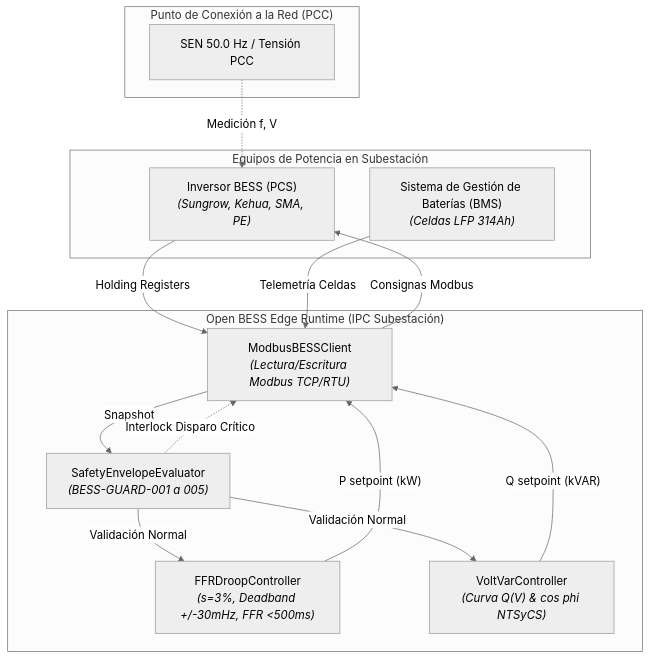
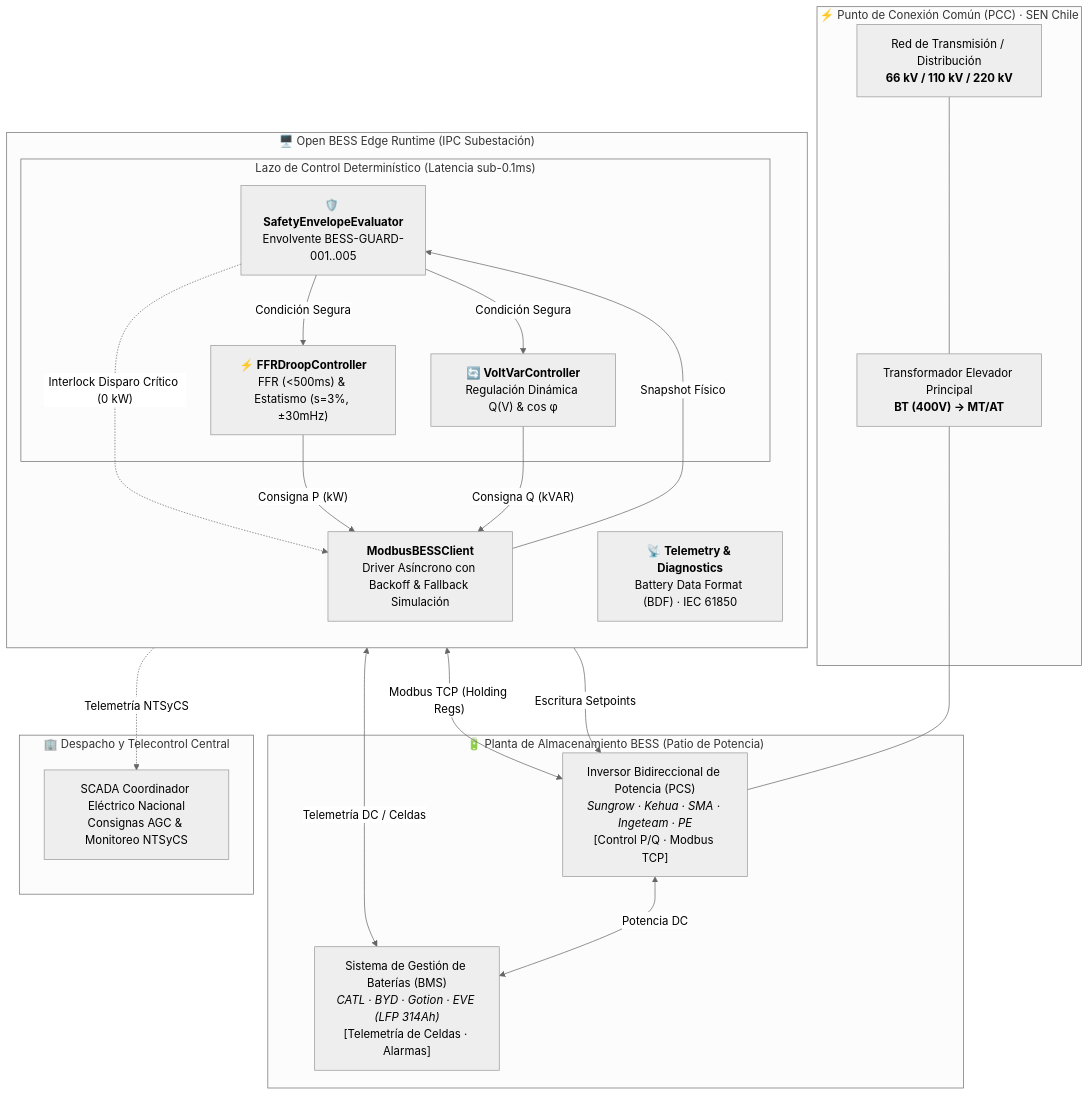
The first of 3 diagrams in README.md (bess-solutions/open-bess-edge), drawn with Mermaid (neutral theme) before and after one commit. The commit also changed other lines of this file and 1 other file, not shown here.

Commit message:
docs(readme): enrich visual architecture diagrams, sequence flows, and bilingual support (ES/EN)

````diff
--- a/README.md
+++ b/README.md
@@ -17,31 +32,46 @@
 ```mermaid
-flowchart TD
-    subgraph Grid ["Punto de Conexión a la Red (PCC)"]
-        SEN["SEN 50.0 Hz / Tensión PCC"]
+graph TB
+    subgraph PCC ["⚡ Punto de Conexión Común (PCC) · SEN Chile"]
+        GRID["Red de Transmisión / Distribución<br/><b>66 kV / 110 kV / 220 kV</b>"]
+        TRF["Transformador Elevador Principal<br/><b>BT (400V) → MT/AT</b>"]
     end
 
-    subgraph Hardware ["Equipos de Potencia en Subestación"]
-        PCS["Inversor BESS (PCS)<br><i>(Sungrow, Kehua, SMA, PE)</i>"]
-        BMS["Sistema de Gestión de Baterías (BMS)<br><i>(Celdas LFP 314Ah)</i>"]
+    subgraph BESS_PLANT ["🔋 Planta de Almacenamiento BESS (Patio de Potencia)"]
+        PCS["Inversor Bidireccional de Potencia (PCS)<br/><i>Sungrow · Kehua · SMA · Ingeteam · PE</i><br/>[Control P/Q · Modbus TCP]"]
+        BMS["Sistema de Gestión de Baterías (BMS)<br/><i>CATL · BYD · Gotion · EVE (LFP 314Ah)</i><br/>[Telemetría de Celdas · Alarmas]"]
     end
 
-    subgraph Edge ["Open BESS Edge Runtime (IPC Subestación)"]
-        MB["ModbusBESSClient<br><i>(Lectura/Escritura Modbus TCP/RTU)</i>"]
-        GUARD["SafetyEnvelopeEvaluator<br><i>(BESS-GUARD-001 a 005)</i>"]
-        FFR["FFRDroopController<br><i>(s=3%, Deadband +/-30mHz, FFR <500ms)</i>"]
-        VV["VoltVarController<br><i>(Curva Q(V) & cos phi NTSyCS)</i>"]
+    subgraph EDGE_GATEWAY ["🖥️ Open BESS Edge Runtime (IPC Subestación)"]
+        direction TB
+        MB["<b>ModbusBESSClient</b><br/>Driver Asíncrono con Backoff & Fallback Simulación"]
+        
+        subgraph ENGINES ["Lazo de Control Determinístico (Latencia sub-0.1ms)"]
+            GUARD["🛡️ <b>SafetyEnvelopeEvaluator</b><br/>Envolvente BESS-GUARD-001..005"]
+            FFR["⚡ <b>FFRDroopController</b><br/>FFR (<500ms) & Estatismo (s=3%, ±30mHz)"]
+            VV["🔄 <b>VoltVarController</b><br/>Regulación Dinámica Q(V) & cos φ"]
+        end
+
+        TELEMETRY["📡 <b>Telemetry & Diagnostics</b><br/>Battery Data Format (BDF) · IEC 61850"]
     end
 
-    SEN -.->|"Medición f, V"| PCS
-    PCS -->|"Holding Registers"| MB
-    BMS -->|"Telemetría Celdas"| MB
+    subgraph SCADA_CEN ["🏢 Despacho y Telecontrol Central"]
+        CEN_SCADA["SCADA Coordinador Eléctrico Nacional<br/>Consignas AGC & Monitoreo NTSyCS"]
+    end
 
-    MB -->|"Snapshot"| GUARD
-    GUARD -->|"Validación Normal"| FFR
-    GUARD -->|"Validación Normal"| VV
-    GUARD -.->|"Interlock Disparo Crítico"| MB
+    GRID --- TRF --- PCS
+    PCS <-->|"Potencia DC"| BMS
 
-    FFR -->|"P setpoint (kW)"| MB
-    VV -->|"Q setpoint (kVAR)"| MB
-    MB -->|"Consignas Modbus"| PCS
+    PCS <-->|"Modbus TCP (Holding Regs)"| MB
+    BMS <-->|"Telemetría DC / Celdas"| MB
+
+    MB -->|"Snapshot Físico"| GUARD
+    GUARD -->|"Condición Segura"| FFR
+    GUARD -->|"Condición Segura"| VV
+    GUARD -.->|"Interlock Disparo Crítico (0 kW)"| MB
+
+    FFR -->|"Consigna P (kW)"| MB
+    VV -->|"Consigna Q (kVAR)"| MB
+    MB -->|"Escritura Setpoints"| PCS
+
+    EDGE_GATEWAY -.->|"Telemetría NTSyCS"| CEN_SCADA
 ```
````
